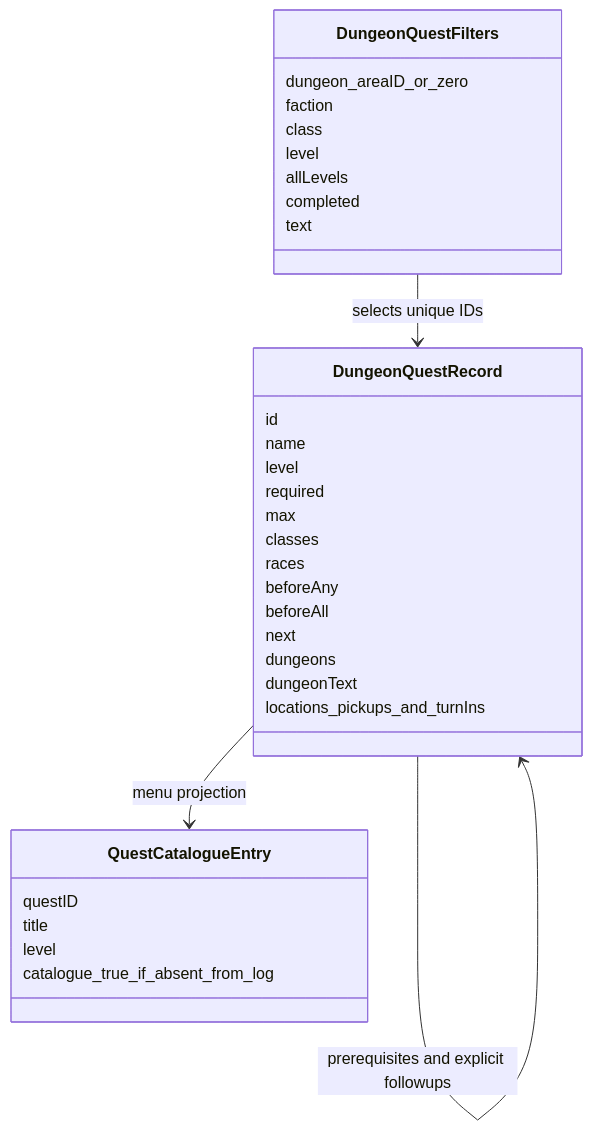
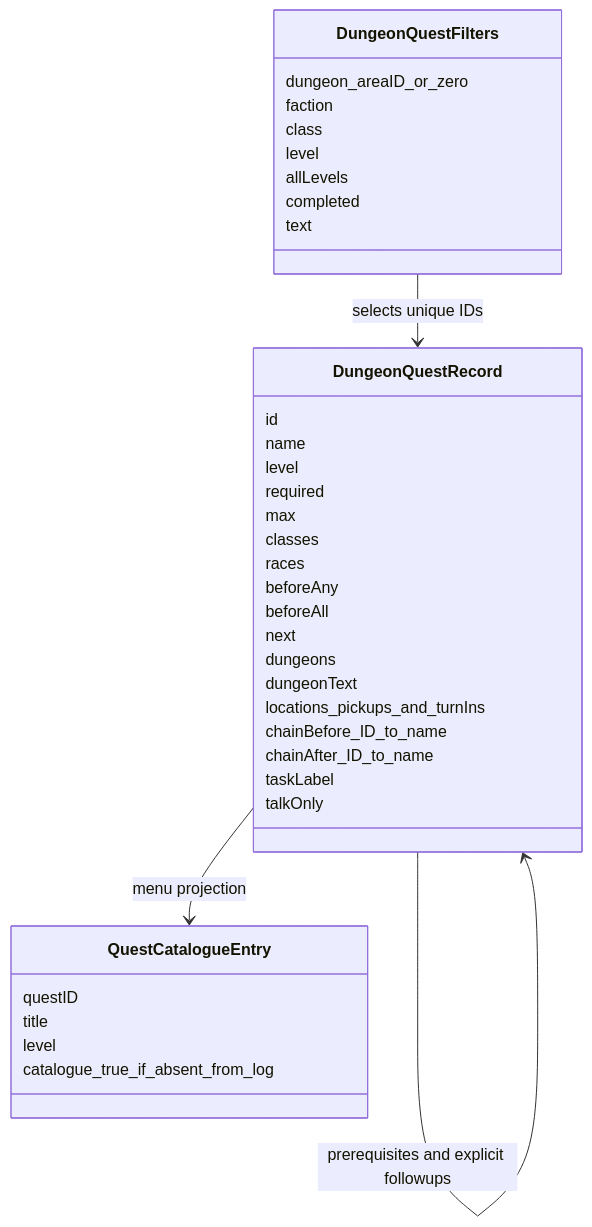
Before and after one commit to YodaGitMaster/QuestSharing: diagram 26 of 27 in context/architecture.md, drawn with Mermaid. The commit also changed other lines of this file and 47 other files, not shown here.

````diff
--- a/context/architecture.md
+++ b/context/architecture.md
@@ -712,36 +870,40 @@
 ```mermaid
 classDiagram
     class DungeonQuestRecord {
         id
         name
         level
         required
         max
         classes
         races
         beforeAny
         beforeAll
         next
         dungeons
         dungeonText
         locations_pickups_and_turnIns
+        chainBefore_ID_to_name
+        chainAfter_ID_to_name
+        taskLabel
+        talkOnly
     }
     class DungeonQuestFilters {
         dungeon_areaID_or_zero
         faction
         class
         level
         allLevels
         completed
         text
     }
     class QuestCatalogueEntry {
         questID
         title
         level
         catalogue_true_if_absent_from_log
     }
     DungeonQuestFilters --> DungeonQuestRecord : selects unique IDs
     DungeonQuestRecord --> DungeonQuestRecord : prerequisites and explicit followups
     DungeonQuestRecord --> QuestCatalogueEntry : menu projection
 ```
````
